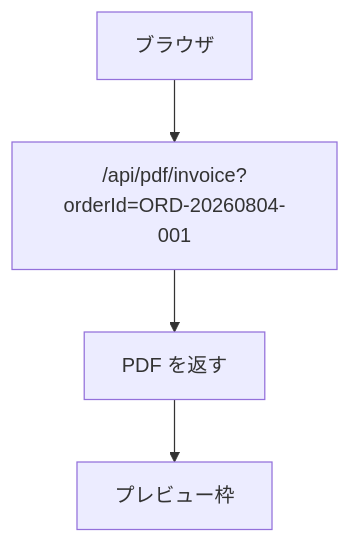
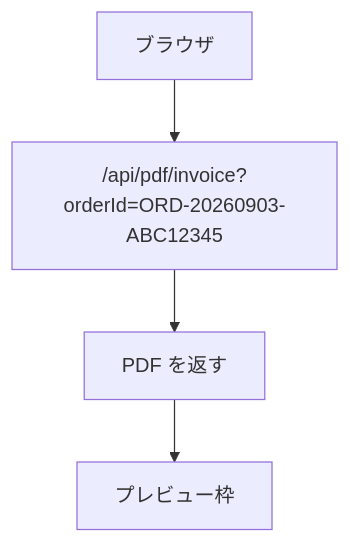
One commit to kurosaki4MPG/order-management-system changed the diagram in docs/phase5-step42-pdf-api.md. Above: the diagram before and after it, drawn with Mermaid. The commit also changed other lines of this file and 28 other files, not shown here.

````diff
--- a/docs/phase5-step42-pdf-api.md
+++ b/docs/phase5-step42-pdf-api.md
@@ -34,6 +34,6 @@
 ```mermaid
 graph TD;
-  browser["ブラウザ"] --> api["/api/pdf/invoice?orderId=ORD-20260804-001"];
+  browser["ブラウザ"] --> api["/api/pdf/invoice?orderId=ORD-20260903-ABC12345"];
   api --> pdf["PDF を返す"];
   pdf --> preview["プレビュー枠"];
 ```
````
